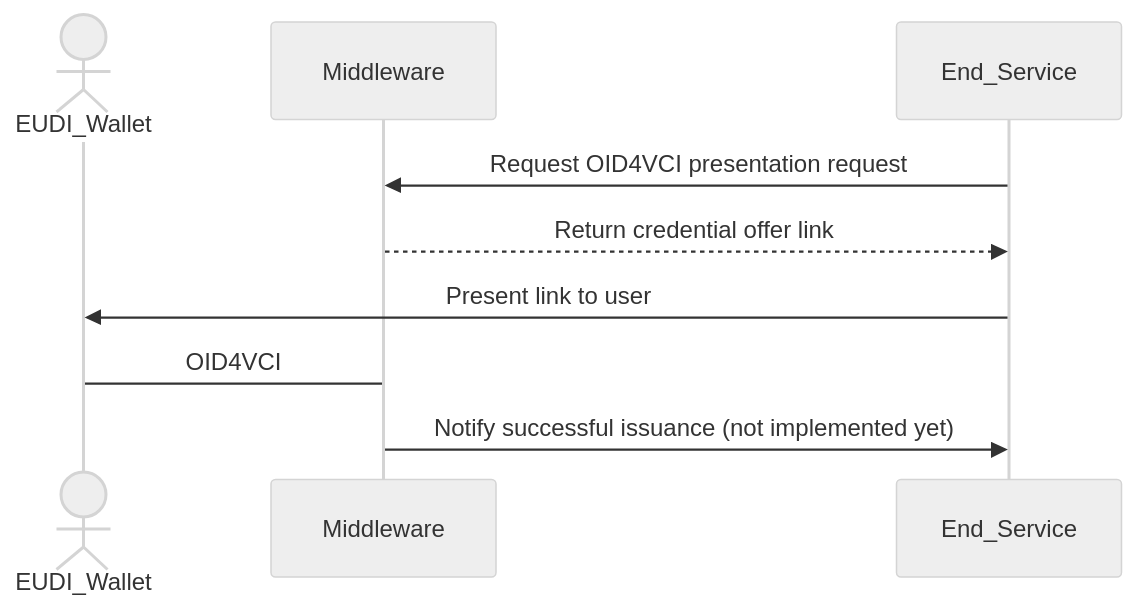
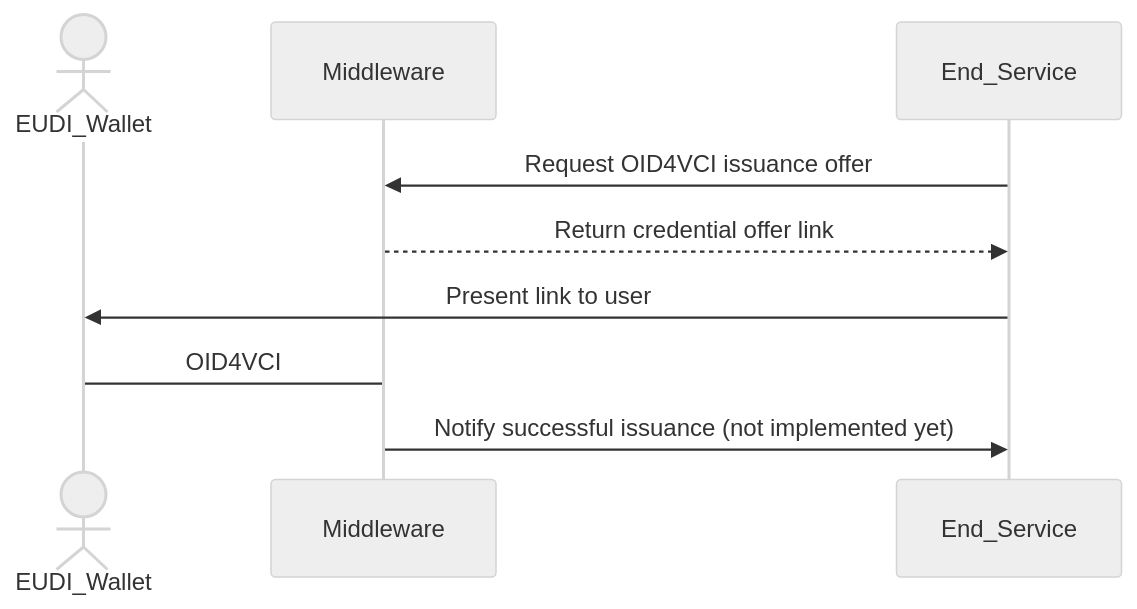
One commit to openwallet-foundation-labs/eudiplo changed the diagram in docs/getting-started/issuance.md. Above: the diagram before and after it, drawn with Mermaid (neutral theme).

Commit message:
doc: fix typo

````diff
--- a/docs/getting-started/issuance.md
+++ b/docs/getting-started/issuance.md
@@ -50,12 +50,12 @@
 ```mermaid
 sequenceDiagram
 actor EUDI_Wallet
 participant Middleware
 participant End_Service
 
-End_Service ->> Middleware : Request OID4VCI presentation request
+End_Service ->> Middleware : Request OID4VCI issuance offer
 Middleware -->> End_Service : Return credential offer link
 End_Service ->> EUDI_Wallet : Present link to user
 Middleware -> EUDI_Wallet : OID4VCI
 Middleware ->> End_Service : Notify successful issuance (not implemented yet)
 ```
````
